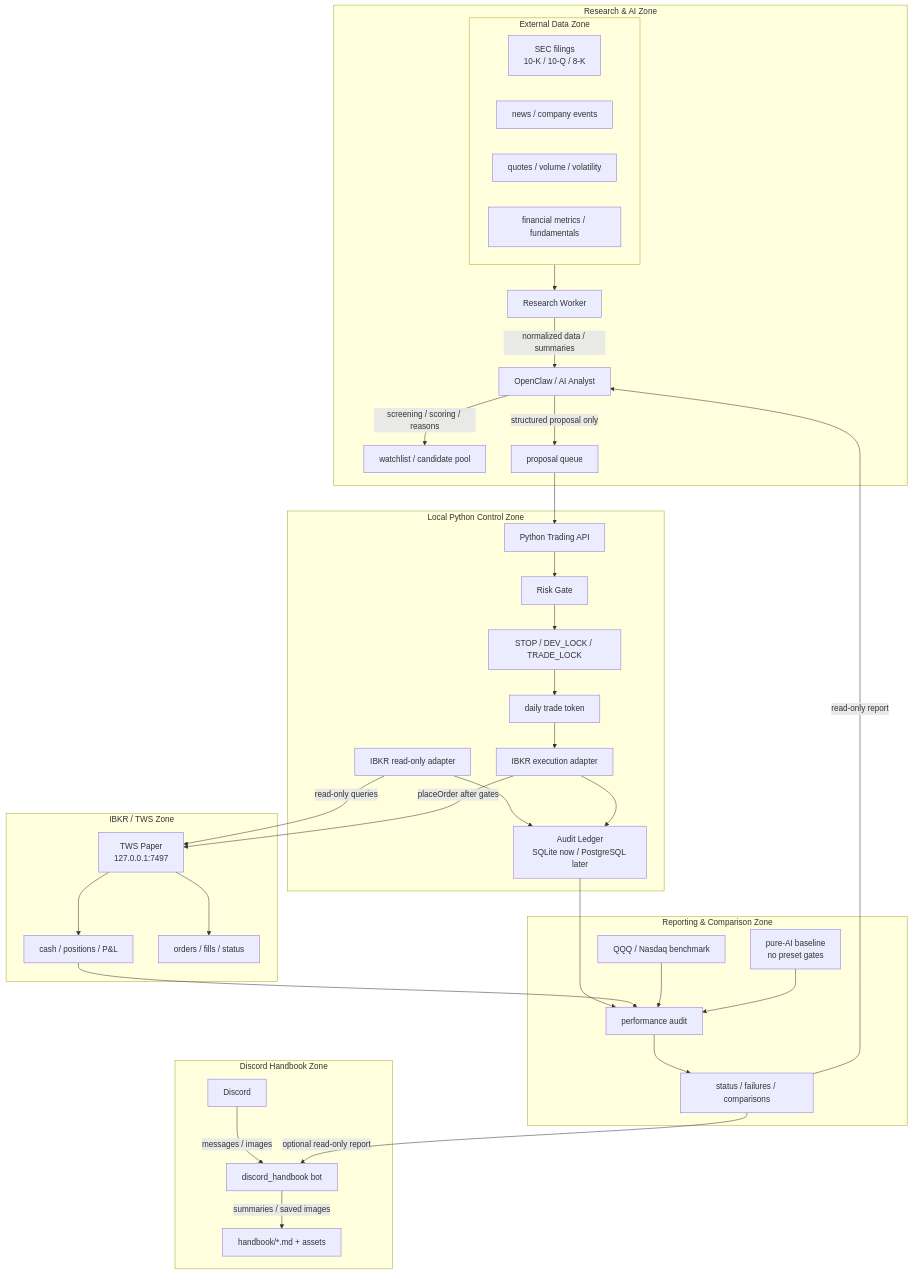
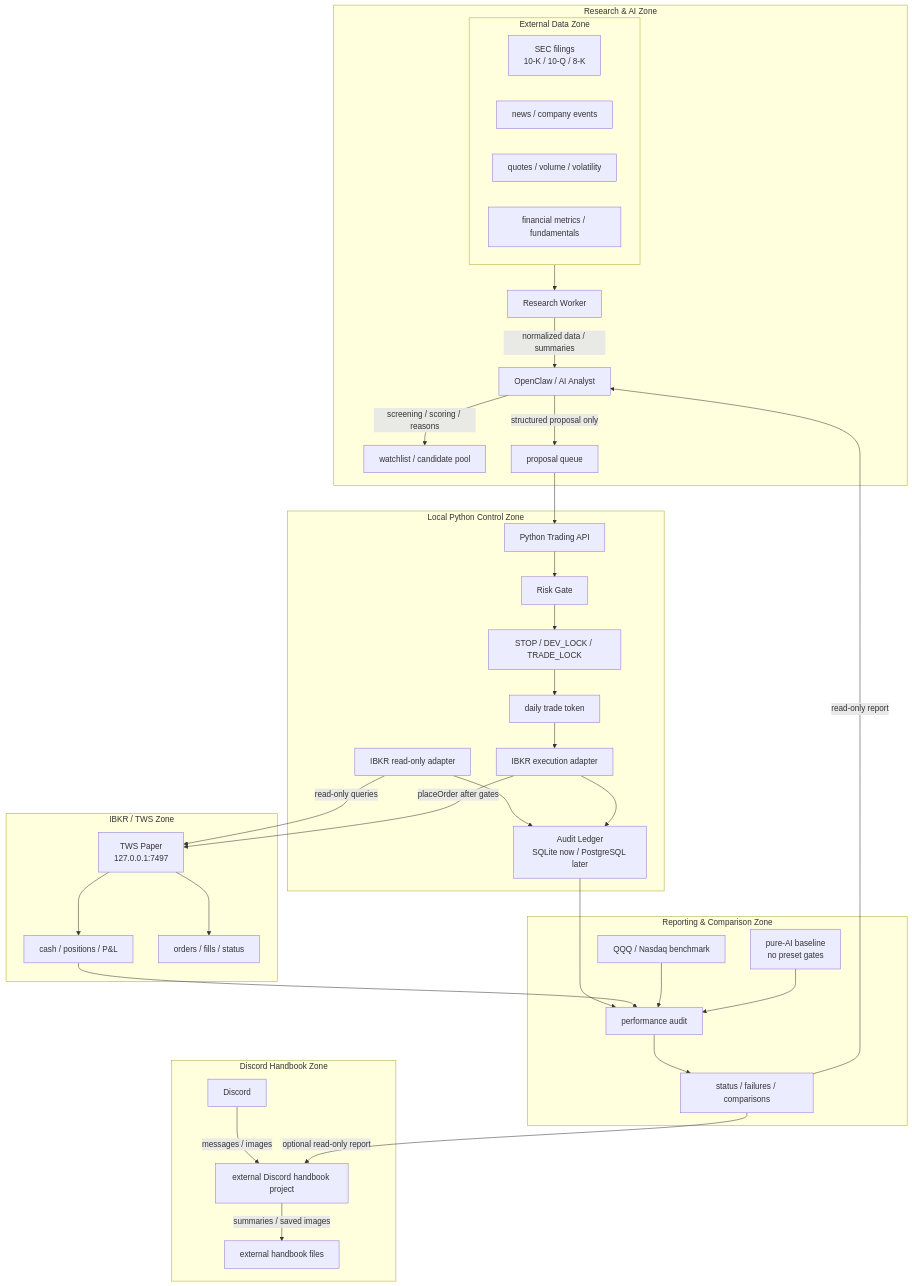
Before and after one commit to liuhaitian888-wq/openclaw-ibkr-paper-trading: the first of 2 diagrams in ARCHITECTURE.md, drawn with Mermaid. The commit also changed other lines of this file and 10 other files, not shown here.

````diff
--- a/ARCHITECTURE.md
+++ b/ARCHITECTURE.md
@@ -9,69 +9,68 @@
 ```mermaid
 flowchart TD
     subgraph DISCORD["Discord Handbook Zone"]
         D["Discord"]
-        DB["discord_handbook bot"]
-        HB["handbook/*.md + assets"]
+        DB["external Discord handbook project"]
         D -->|"messages / images"| DB
-        DB -->|"summaries / saved images"| HB
+        DB -->|"summaries / saved images"| EXT["external handbook files"]
     end
 
     subgraph DATA["External Data Zone"]
         SEC["SEC filings<br/>10-K / 10-Q / 8-K"]
         NEWS["news / company events"]
         MARKET["quotes / volume / volatility"]
         FUND["financial metrics / fundamentals"]
     end
 
     subgraph RESEARCH["Research & AI Zone"]
         RW["Research Worker"]
         OC["OpenClaw / AI Analyst"]
         WATCH["watchlist / candidate pool"]
         PROP["proposal queue"]
         DATA --> RW
         RW -->|"normalized data / summaries"| OC
         OC -->|"screening / scoring / reasons"| WATCH
         OC -->|"structured proposal only"| PROP
     end
 
     subgraph PYTHON["Local Python Control Zone"]
         API["Python Trading API"]
         RISK["Risk Gate"]
         LOCK["STOP / DEV_LOCK / TRADE_LOCK"]
         TOKEN["daily trade token"]
         RO["IBKR read-only adapter"]
         EX["IBKR execution adapter"]
         AUDIT["Audit Ledger<br/>SQLite now / PostgreSQL later"]
         PROP --> API
         API --> RISK
         RISK --> LOCK
         LOCK --> TOKEN
         TOKEN --> EX
         RO --> AUDIT
         EX --> AUDIT
     end
 
     subgraph IBKR["IBKR / TWS Zone"]
         TWS["TWS Paper<br/>127.0.0.1:7497"]
         ACCT["cash / positions / P&L"]
         ORD["orders / fills / status"]
         RO -->|"read-only queries"| TWS
         EX -->|"placeOrder after gates"| TWS
         TWS --> ACCT
         TWS --> ORD
     end
 
     subgraph REPORT["Reporting & Comparison Zone"]
         PERF["performance audit"]
         QQQ["QQQ / Nasdaq benchmark"]
         AIBASE["pure-AI baseline<br/>no preset gates"]
         STATUS["status / failures / comparisons"]
         AUDIT --> PERF
         ACCT --> PERF
         QQQ --> PERF
         AIBASE --> PERF
         PERF --> STATUS
         STATUS -->|"read-only report"| OC
         STATUS -->|"optional read-only report"| DB
     end
 ```
````
